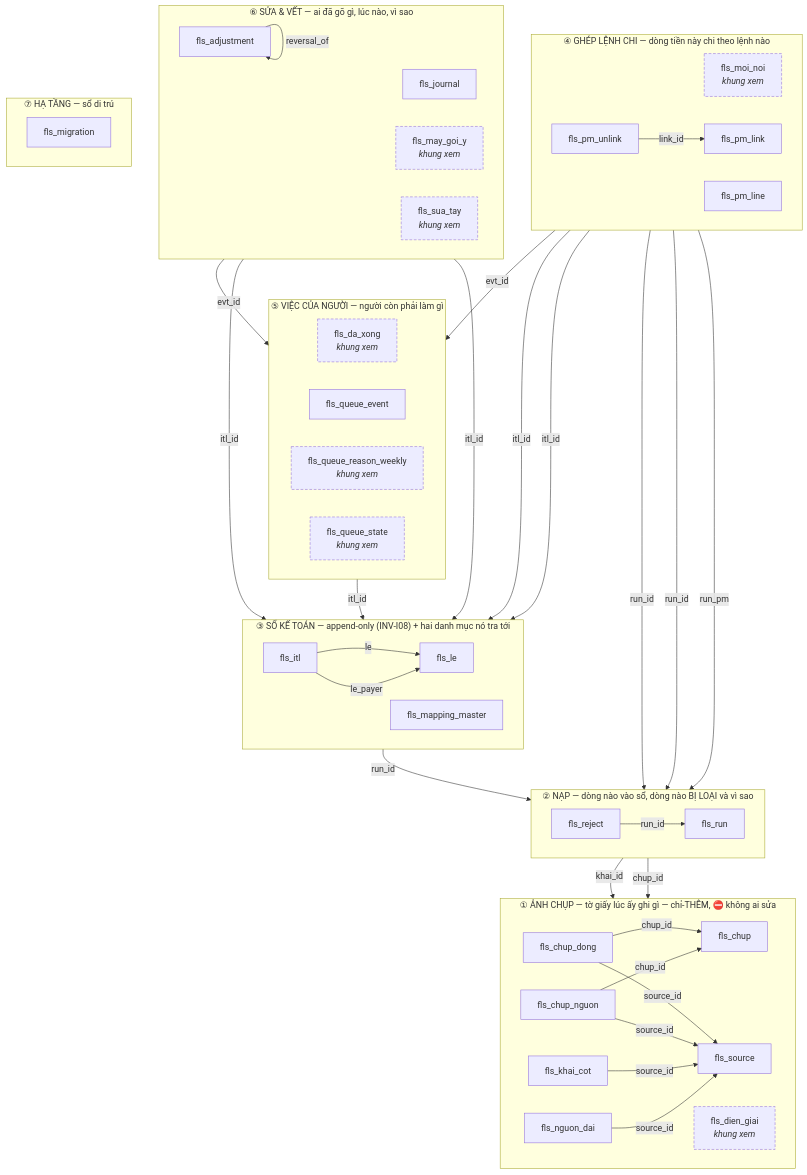
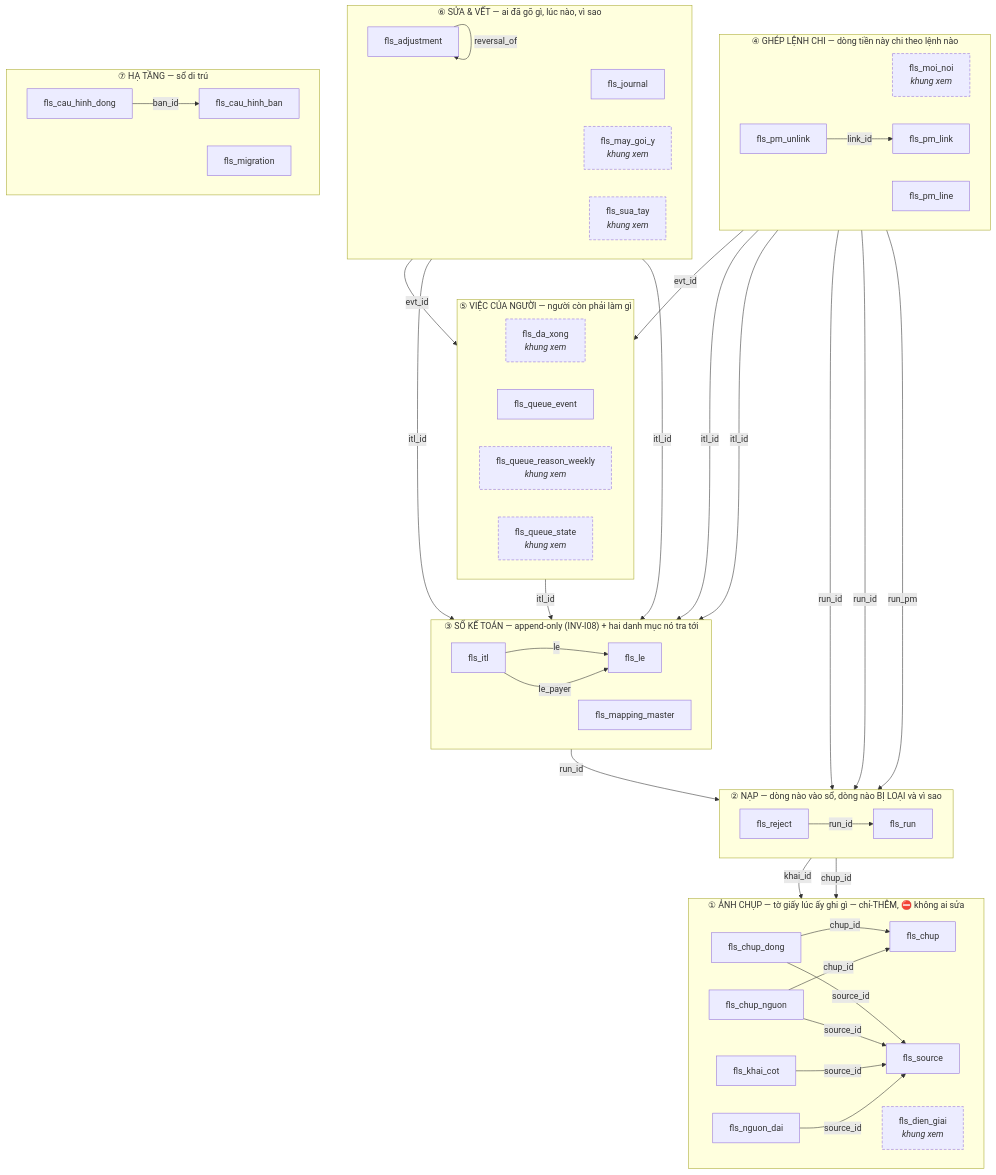
The diagram in ERD-TANG.mmd (kc-apero/FLS-tobe), drawn with Mermaid before and after one commit. The commit also changed 31 other files, not shown here.

```diff
--- a/ERD-TANG.mmd
+++ b/ERD-TANG.mmd
@@ -1,74 +1,77 @@
 flowchart TB
   subgraph 1_anh["① ẢNH CHỤP — tờ giấy lúc ấy ghi gì — chỉ-THÊM, ⛔ không ai sửa"]
     direction LR
     fls_chup["fls_chup"]
     fls_chup_dong["fls_chup_dong"]
     fls_chup_nguon["fls_chup_nguon"]
     fls_dien_giai["fls_dien_giai<br><i>khung xem</i>"]:::view
     fls_khai_cot["fls_khai_cot"]
     fls_nguon_dai["fls_nguon_dai"]
     fls_source["fls_source"]
   end
   subgraph 2_nap["② NẠP — dòng nào vào sổ, dòng nào BỊ LOẠI và vì sao"]
     direction LR
     fls_reject["fls_reject"]
     fls_run["fls_run"]
   end
   subgraph 3_so["③ SỔ KẾ TOÁN — append-only (INV-I08) + hai danh mục nó tra tới"]
     direction LR
     fls_itl["fls_itl"]
     fls_le["fls_le"]
     fls_mapping_master["fls_mapping_master"]
   end
   subgraph 4_ghep["④ GHÉP LỆNH CHI — dòng tiền này chi theo lệnh nào"]
     direction LR
     fls_moi_noi["fls_moi_noi<br><i>khung xem</i>"]:::view
     fls_pm_line["fls_pm_line"]
     fls_pm_link["fls_pm_link"]
     fls_pm_unlink["fls_pm_unlink"]
   end
   subgraph 5_viec["⑤ VIỆC CỦA NGƯỜI — người còn phải làm gì"]
     direction LR
     fls_da_xong["fls_da_xong<br><i>khung xem</i>"]:::view
     fls_queue_event["fls_queue_event"]
     fls_queue_reason_weekly["fls_queue_reason_weekly<br><i>khung xem</i>"]:::view
     fls_queue_state["fls_queue_state<br><i>khung xem</i>"]:::view
   end
   subgraph 6_sua["⑥ SỬA & VẾT — ai đã gõ gì, lúc nào, vì sao"]
     direction LR
     fls_adjustment["fls_adjustment"]
     fls_journal["fls_journal"]
     fls_may_goi_y["fls_may_goi_y<br><i>khung xem</i>"]:::view
     fls_sua_tay["fls_sua_tay<br><i>khung xem</i>"]:::view
   end
   subgraph 7_ha_tang["⑦ HẠ TẦNG — sổ di trú"]
     direction LR
+    fls_cau_hinh_ban["fls_cau_hinh_ban"]
+    fls_cau_hinh_dong["fls_cau_hinh_dong"]
     fls_migration["fls_migration"]
   end
 
   fls_adjustment -->|itl_id| fls_itl
   fls_adjustment -->|reversal_of| fls_adjustment
   fls_adjustment -->|evt_id| fls_queue_event
+  fls_cau_hinh_dong -->|ban_id| fls_cau_hinh_ban
   fls_chup_dong -->|chup_id| fls_chup
   fls_chup_dong -->|source_id| fls_source
   fls_chup_nguon -->|chup_id| fls_chup
   fls_chup_nguon -->|source_id| fls_source
   fls_itl -->|run_id| fls_run
   fls_itl -->|le| fls_le
   fls_itl -->|le_payer| fls_le
   fls_journal -->|itl_id| fls_itl
   fls_khai_cot -->|source_id| fls_source
   fls_nguon_dai -->|source_id| fls_source
   fls_pm_line -->|run_id| fls_run
   fls_pm_link -->|itl_id| fls_itl
   fls_pm_link -->|run_id| fls_run
   fls_pm_link -->|run_pm| fls_run
   fls_pm_unlink -->|link_id| fls_pm_link
   fls_pm_unlink -->|itl_id| fls_itl
   fls_pm_unlink -->|evt_id| fls_queue_event
   fls_queue_event -->|itl_id| fls_itl
   fls_reject -->|run_id| fls_run
   fls_run -->|khai_id| fls_khai_cot
   fls_run -->|chup_id| fls_chup
 
   classDef view stroke-dasharray: 5 3;
```
